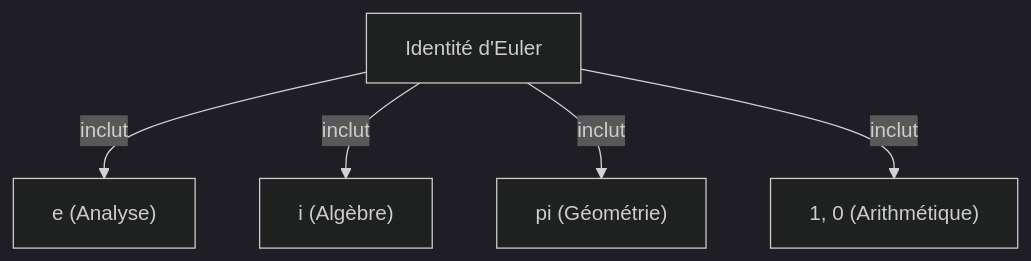
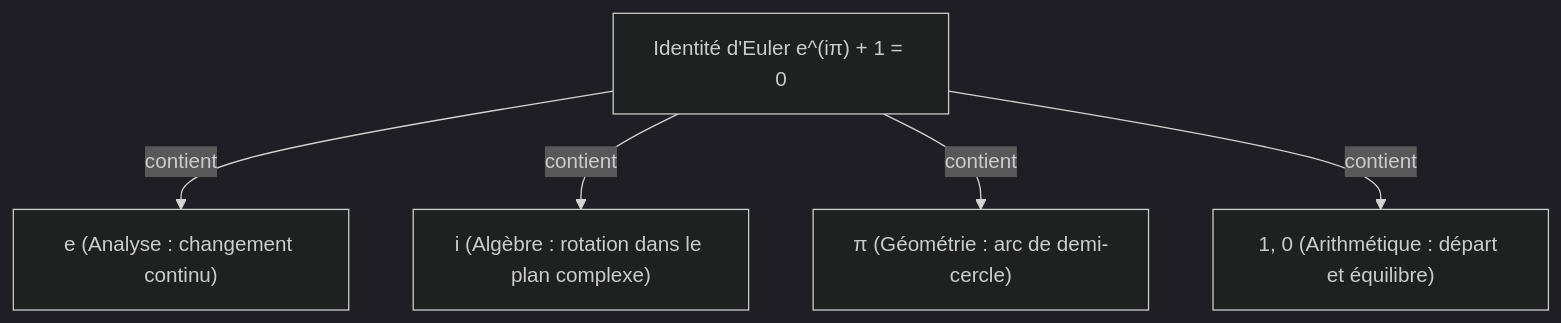
One commit to kenjinote/blog changed the diagram in content/post/eulers-identity/index.fr.md. Above: the diagram before and after it, drawn with Mermaid (dark theme). The commit also changed other lines of this file and 7 other files, not shown here.

````diff
--- a/content/post/eulers-identity/index.fr.md
+++ b/content/post/eulers-identity/index.fr.md
@@ -31,7 +142,7 @@
 ```mermaid
 graph TD
-    A["Identité d'Euler"] -->|"inclut"| B["e (Analyse)"]
-    A -->|"inclut"| C["i (Algèbre)"]
-    A -->|"inclut"| D["pi (Géométrie)"]
-    A -->|"inclut"| E["1, 0 (Arithmétique)"]
+    A["Identité d'Euler e^(iπ) + 1 = 0"] -->|"contient"| B["e (Analyse : changement continu)"]
+    A -->|"contient"| C["i (Algèbre : rotation dans le plan complexe)"]
+    A -->|"contient"| D["π (Géométrie : arc de demi-cercle)"]
+    A -->|"contient"| E["1, 0 (Arithmétique : départ et équilibre)"]
 ```
````
